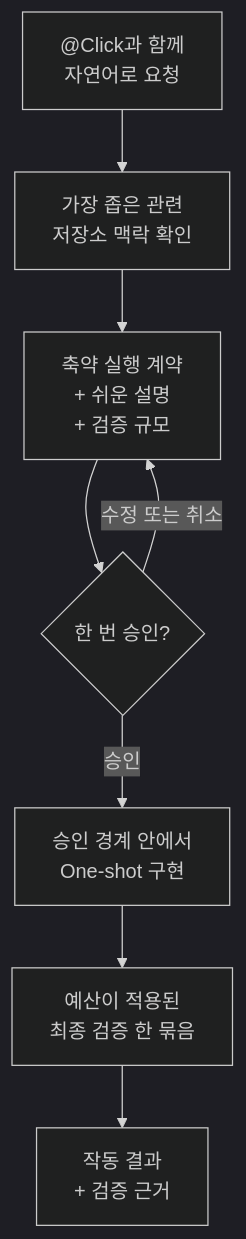
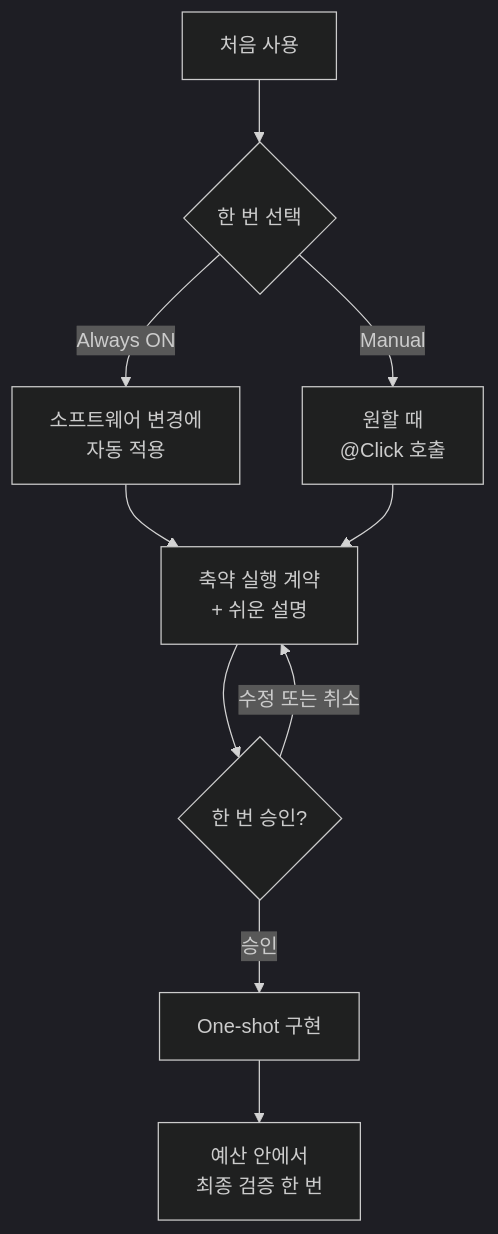
One commit to grapefruit0205/build-brief changed the diagram in README.ko.md. Above: the diagram before and after it, drawn with Mermaid (dark theme). The commit also changed other lines of this file and 16 other files, not shown here.

````diff
--- a/README.ko.md
+++ b/README.ko.md
@@ -49,10 +57,12 @@
 ```mermaid
 flowchart TB
-    A["@Click과 함께<br/>자연어로 요청"] --> B["가장 좁은 관련<br/>저장소 맥락 확인"]
-    B --> C["축약 실행 계약<br/>+ 쉬운 설명<br/>+ 검증 규모"]
-    C --> D{"한 번 승인?"}
-    D -->|수정 또는 취소| C
-    D -->|승인| E["승인 경계 안에서<br/>One-shot 구현"]
-    E --> F["예산이 적용된<br/>최종 검증 한 묶음"]
-    F --> G["작동 결과<br/>+ 검증 근거"]
+    A["처음 사용"] --> B{"한 번 선택"}
+    B -->|Always ON| C["소프트웨어 변경에<br/>자동 적용"]
+    B -->|Manual| D["원할 때<br/>@Click 호출"]
+    C --> E["축약 실행 계약<br/>+ 쉬운 설명"]
+    D --> E
+    E --> F{"한 번 승인?"}
+    F -->|수정 또는 취소| E
+    F -->|승인| G["One-shot 구현"]
+    G --> H["예산 안에서<br/>최종 검증 한 번"]
 ```
````
